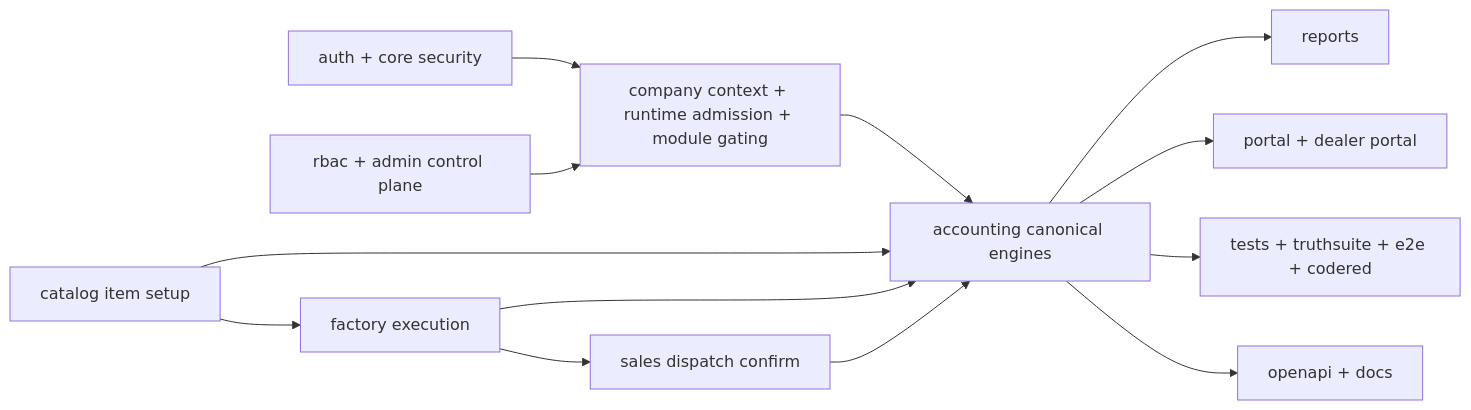
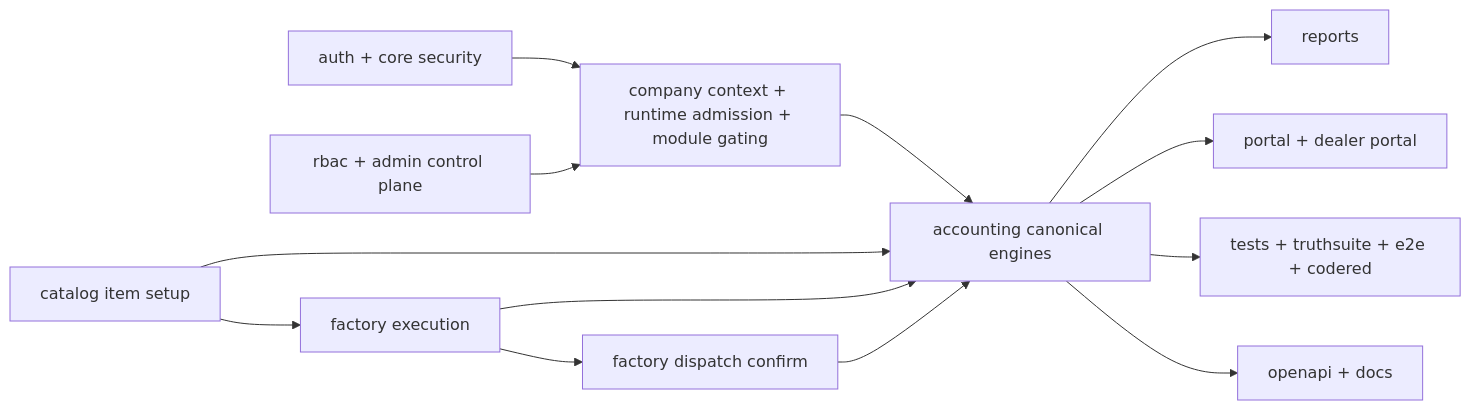
The diagram in docs/developer/accounting-flows/README.md (anasibnanwar-XYE/bigbrightpaints-erp), drawn with Mermaid before and after one commit. The commit also changed other lines of this file and 53 other files, not shown here.

Commit message:
Restore factory-owned dispatch confirmation

````diff
--- a/docs/developer/accounting-flows/README.md
+++ b/docs/developer/accounting-flows/README.md
@@ -14,17 +14,17 @@
 ```mermaid
 flowchart LR
     AUTH["auth + core security"] --> GATE["company context + runtime admission + module gating"]
     RBAC["rbac + admin control plane"] --> GATE
     GATE --> ACC["accounting canonical engines"]
 
     SETUP["catalog item setup"] --> FACT["factory execution"]
-    FACT --> SALES["sales dispatch confirm"]
+    FACT --> SALES["factory dispatch confirm"]
     SETUP --> ACC
     FACT --> ACC
     SALES --> ACC
 
     ACC --> REP["reports"]
     ACC --> PORTAL["portal + dealer portal"]
     ACC --> TESTS["tests + truthsuite + e2e + codered"]
     ACC --> DOCS["openapi + docs"]
 ```
````
